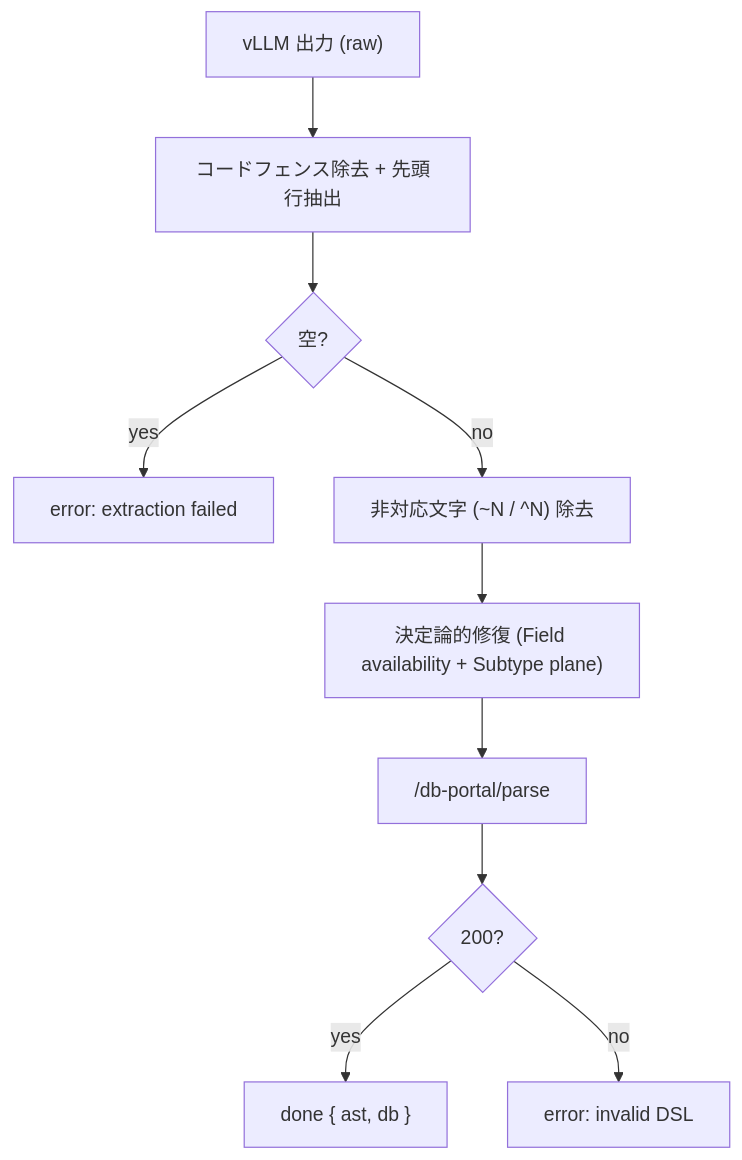
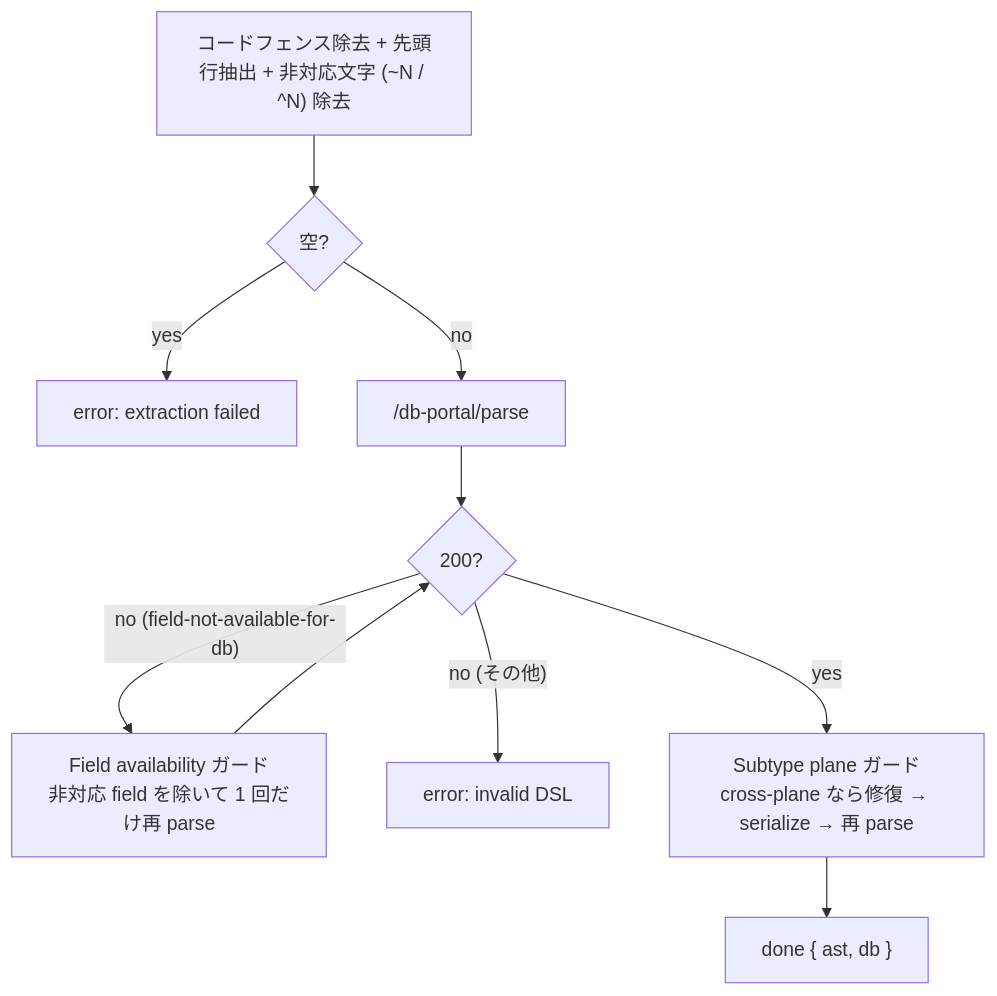
The fourth of 5 diagrams in docs/llm.md (ddbj/db-portal), drawn with Mermaid before and after one commit. The commit also changed other lines of this file and 15 other files, not shown here.

````diff
--- a/docs/llm.md
+++ b/docs/llm.md
@@ -87,12 +87,12 @@
 ```mermaid
 flowchart TD
-  Raw["vLLM 出力 (raw)"] --> Strip["コードフェンス除去 + 先頭行抽出"]
-  Strip --> Empty{"空?"}
+  Strip["コードフェンス除去 + 先頭行抽出 + 非対応文字 (~N / ^N) 除去"] --> Empty{"空?"}
   Empty -- "yes" --> Err["error: extraction failed"]
-  Empty -- "no" --> Clean["非対応文字 (~N / ^N) 除去"]
-  Clean --> Guard["決定論的修復 (Field availability + Subtype plane)"]
-  Guard --> Parse["/db-portal/parse"]
+  Empty -- "no" --> Parse["/db-portal/parse"]
   Parse --> OK{"200?"}
-  OK -- "yes" --> Done["done { ast, db }"]
-  OK -- "no" --> Err2["error: invalid DSL"]
+  OK -- "no (field-not-available-for-db)" --> FieldGuard["Field availability ガード<br/>非対応 field を除いて 1 回だけ再 parse"]
+  FieldGuard --> OK
+  OK -- "no (その他)" --> Err2["error: invalid DSL"]
+  OK -- "yes" --> PlaneGuard["Subtype plane ガード<br/>cross-plane なら修復 → serialize → 再 parse"]
+  PlaneGuard --> Done["done { ast, db }"]
 ```
````
